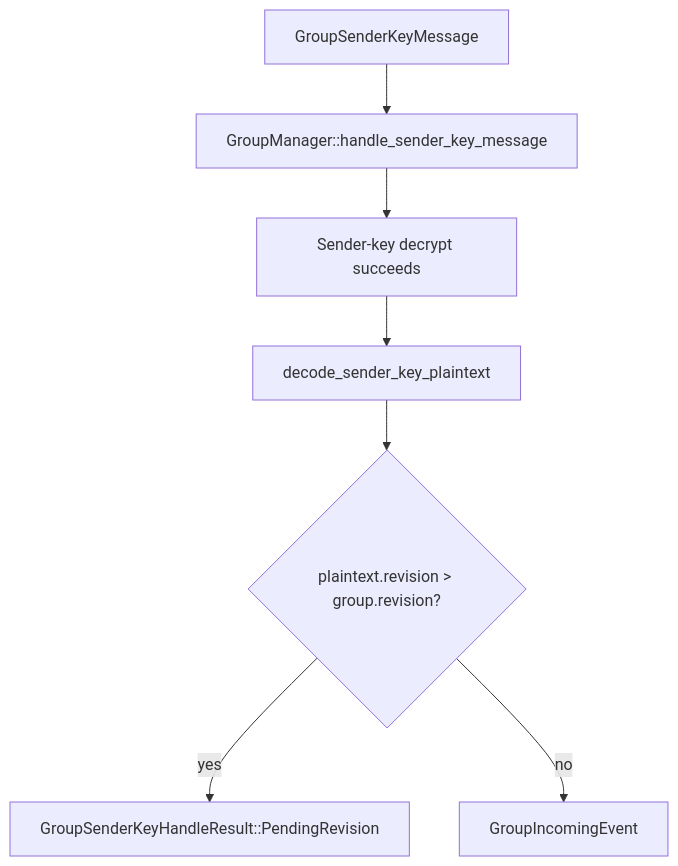
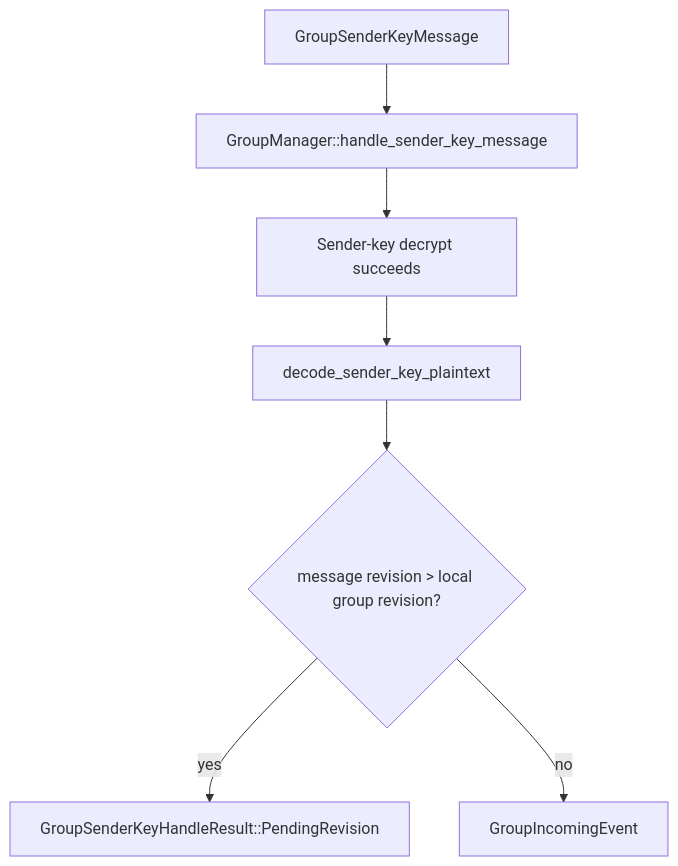
The second of 3 diagrams in docs/sender-key-revision-repair-repro.md (irislib/iris-chat-rs), drawn with Mermaid before and after one commit. The commit also changed other lines of this file and 1 other file, not shown here.

Commit message:
Remove protocol plaintext logging from repair repro

````diff
--- a/docs/sender-key-revision-repair-repro.md
+++ b/docs/sender-key-revision-repair-repro.md
@@ -108,9 +118,9 @@
 ```mermaid
 flowchart TD
   Outer["GroupSenderKeyMessage"] --> Handle["GroupManager::handle_sender_key_message"]
   Handle --> Decrypt["Sender-key decrypt succeeds"]
   Decrypt --> Decode["decode_sender_key_plaintext"]
-  Decode --> Compare{"plaintext.revision > group.revision?"}
+  Decode --> Compare{"message revision > local group revision?"}
   Compare -->|"yes"| PendingRevision["GroupSenderKeyHandleResult::PendingRevision"]
   Compare -->|"no"| Apply["GroupIncomingEvent"]
 ```
````
